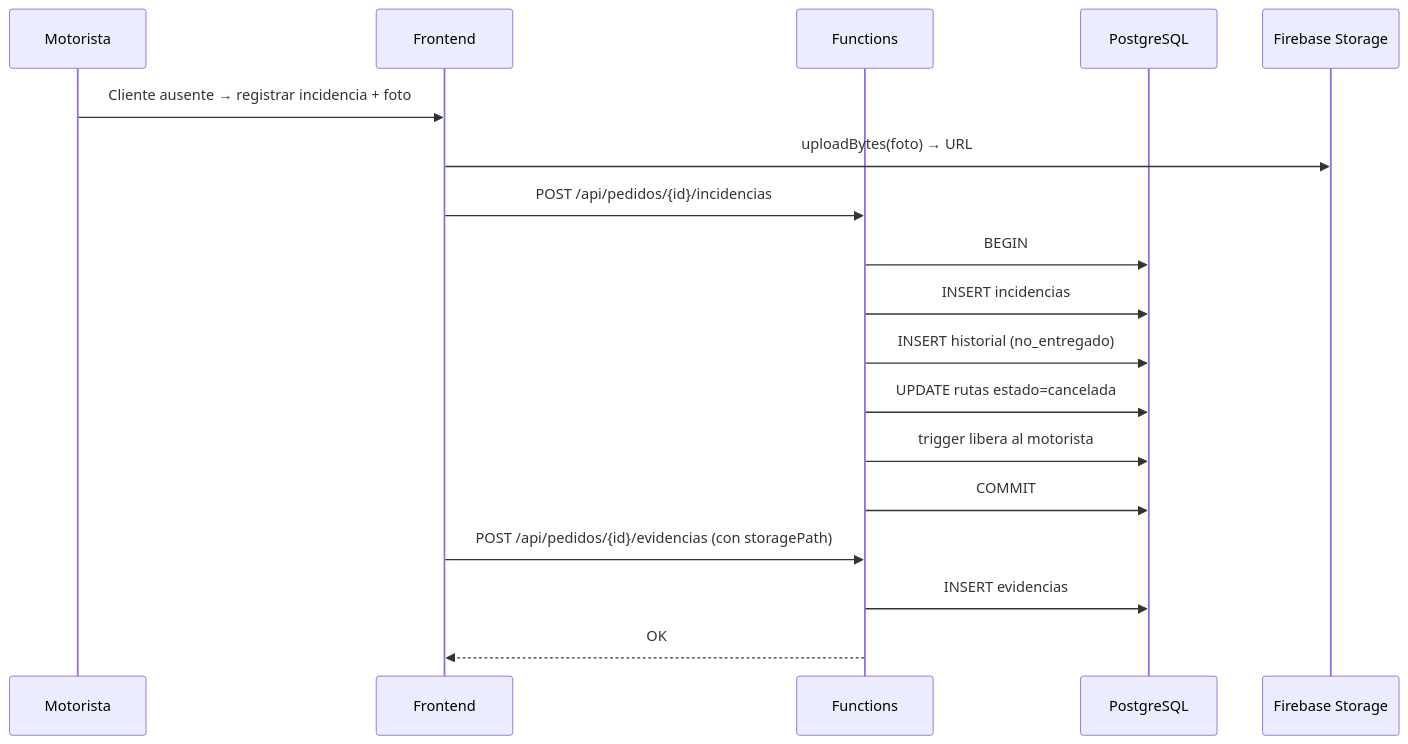
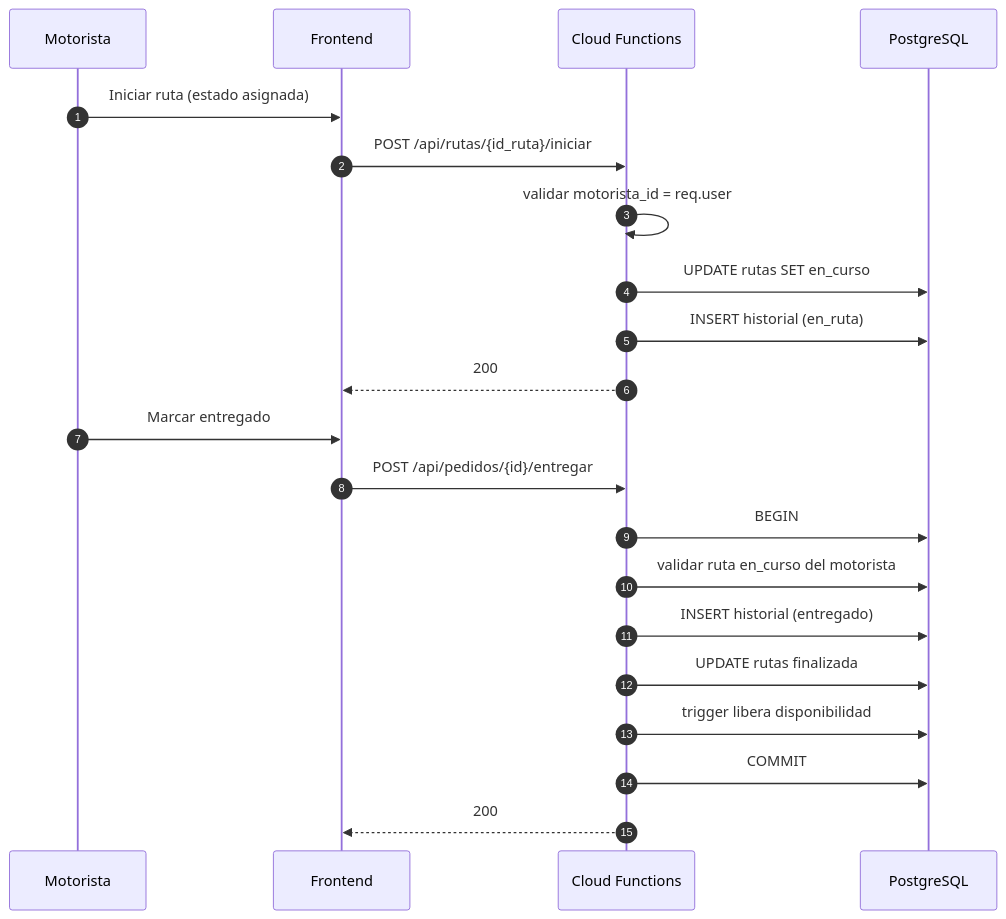
One commit to fazchile17/Discopro-LogiCo changed the sixth of 20 diagrams in Logico/docs/02-arquitectura-4+1.md. Above: the diagram before and after it, drawn with Mermaid. The commit also changed other lines of this file and 45 other files, not shown here.

````diff
--- a/Logico/docs/02-arquitectura-4+1.md
+++ b/Logico/docs/02-arquitectura-4+1.md
@@ -304,21 +369,25 @@
 ```mermaid
 sequenceDiagram
+    autonumber
     participant Mo as Motorista
     participant FE as Frontend
-    participant Fn as Functions
+    participant Fn as Cloud Functions
     participant PG as PostgreSQL
-    participant ST as Firebase Storage
 
-    Mo->>FE: Cliente ausente → registrar incidencia + foto
-    FE->>ST: uploadBytes(foto) → URL
-    FE->>Fn: POST /api/pedidos/{id}/incidencias
+    Mo->>FE: Iniciar ruta (estado asignada)
+    FE->>Fn: POST /api/rutas/{id_ruta}/iniciar
+    Fn->>Fn: validar motorista_id = req.user
+    Fn->>PG: UPDATE rutas SET en_curso
+    Fn->>PG: INSERT historial (en_ruta)
+    Fn-->>FE: 200
+
+    Mo->>FE: Marcar entregado
+    FE->>Fn: POST /api/pedidos/{id}/entregar
     Fn->>PG: BEGIN
-    Fn->>PG: INSERT incidencias
-    Fn->>PG: INSERT historial (no_entregado)
-    Fn->>PG: UPDATE rutas estado=cancelada
-    Fn->>PG: trigger libera al motorista
+    Fn->>PG: validar ruta en_curso del motorista
+    Fn->>PG: INSERT historial (entregado)
+    Fn->>PG: UPDATE rutas finalizada
+    Fn->>PG: trigger libera disponibilidad
     Fn->>PG: COMMIT
-    FE->>Fn: POST /api/pedidos/{id}/evidencias (con storagePath)
-    Fn->>PG: INSERT evidencias
-    Fn-->>FE: OK
+    Fn-->>FE: 200
 ```
````
